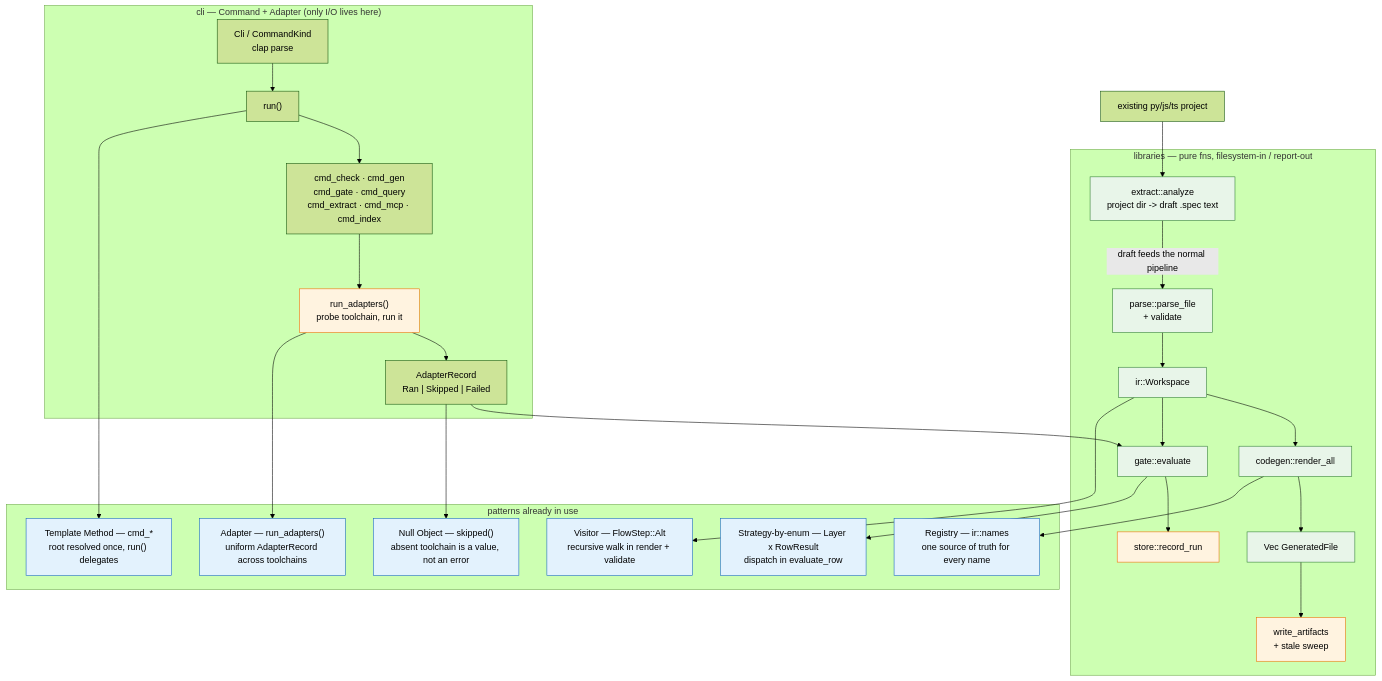
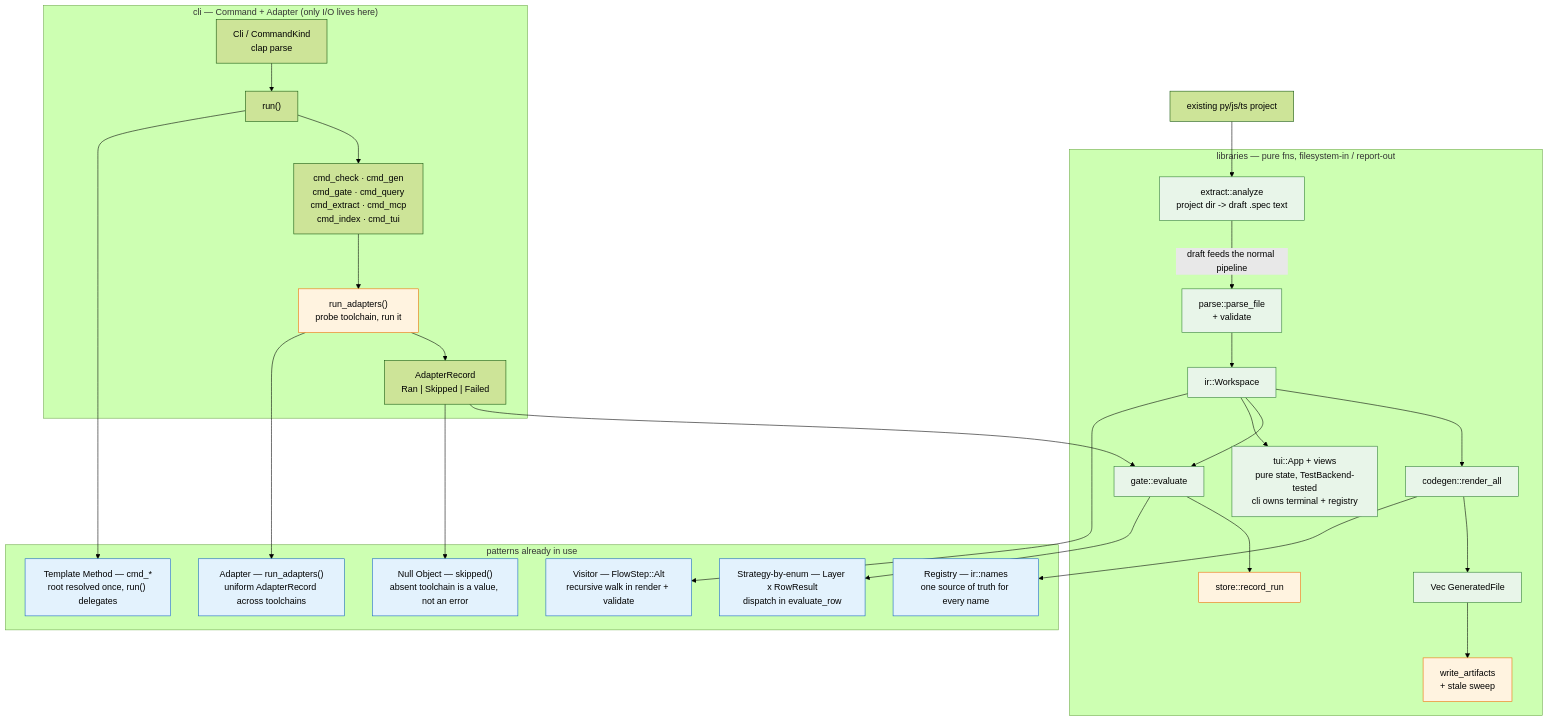
The diagram in ARCHITECTURE.md (chopanpma/decision-spec), drawn with Mermaid (forest theme) before and after one commit. The commit also changed 66 other files, not shown here.

First line of the commit message:
F26–F49: skip-honest gate, portable specs, TUI cockpit, proof coverage, generated area under .decispec/

````diff
--- a/ARCHITECTURE.md
+++ b/ARCHITECTURE.md
@@ -3,45 +3,46 @@
 ```mermaid
 flowchart TB
   subgraph CLI["cli — Command + Adapter (only I/O lives here)"]
     C1["Cli / CommandKind<br/>clap parse"] --> C2["run()"]
-    C2 --> C3["cmd_check · cmd_gen<br/>cmd_gate · cmd_query<br/>cmd_extract · cmd_mcp · cmd_index"]
+    C2 --> C3["cmd_check · cmd_gen<br/>cmd_gate · cmd_query<br/>cmd_extract · cmd_mcp<br/>cmd_index · cmd_tui"]
     C3 --> C4["run_adapters()<br/>probe toolchain, run it"]
     C4 --> C5["AdapterRecord<br/>Ran | Skipped | Failed"]
   end
 
   subgraph LIB["libraries — pure fns, filesystem-in / report-out"]
     P["parse::parse_file<br/>+ validate"] --> W["ir::Workspace"]
     W --> R["codegen::render_all"]
     R --> RF["Vec GeneratedFile"]
     W --> G["gate::evaluate"]
     C5 --> G
     RF --> S["write_artifacts<br/>+ stale sweep"]
     G --> ST["store::record_run"]
     X["extract::analyze<br/>project dir -> draft .spec text"]
+    W --> T2["tui::App + views<br/>pure state, TestBackend-tested<br/>cli owns terminal + registry"]
   end
   PD["existing py/js/ts project"] --> X
   X -- "draft feeds the normal pipeline" --> P
 
   subgraph PAT["patterns already in use"]
     S1["Visitor — FlowStep::Alt<br/>recursive walk in render + validate"]
     S2["Strategy-by-enum — Layer x RowResult<br/>dispatch in evaluate_row"]
     S3["Registry — ir::names<br/>one source of truth for every name"]
     S4["Adapter — run_adapters()<br/>uniform AdapterRecord across toolchains"]
     S5["Template Method — cmd_*<br/>root resolved once, run() delegates"]
     S6["Null Object — skipped()<br/>absent toolchain is a value, not an error"]
   end
 
   W --> S1
   G --> S2
   R --> S3
   C4 --> S4
   C2 --> S5
   C5 --> S6
 
   classDef pure fill:#e8f5e9,stroke:#2e7d32
   classDef io fill:#fff3e0,stroke:#ef6c00
   classDef pat fill:#e3f2fd,stroke:#1565c0
-  class P,W,R,RF,G,X pure
+  class P,W,R,RF,G,X,T2 pure
   class C4,S,ST io
   class S1,S2,S3,S4,S5,S6 pat
 ```
````
